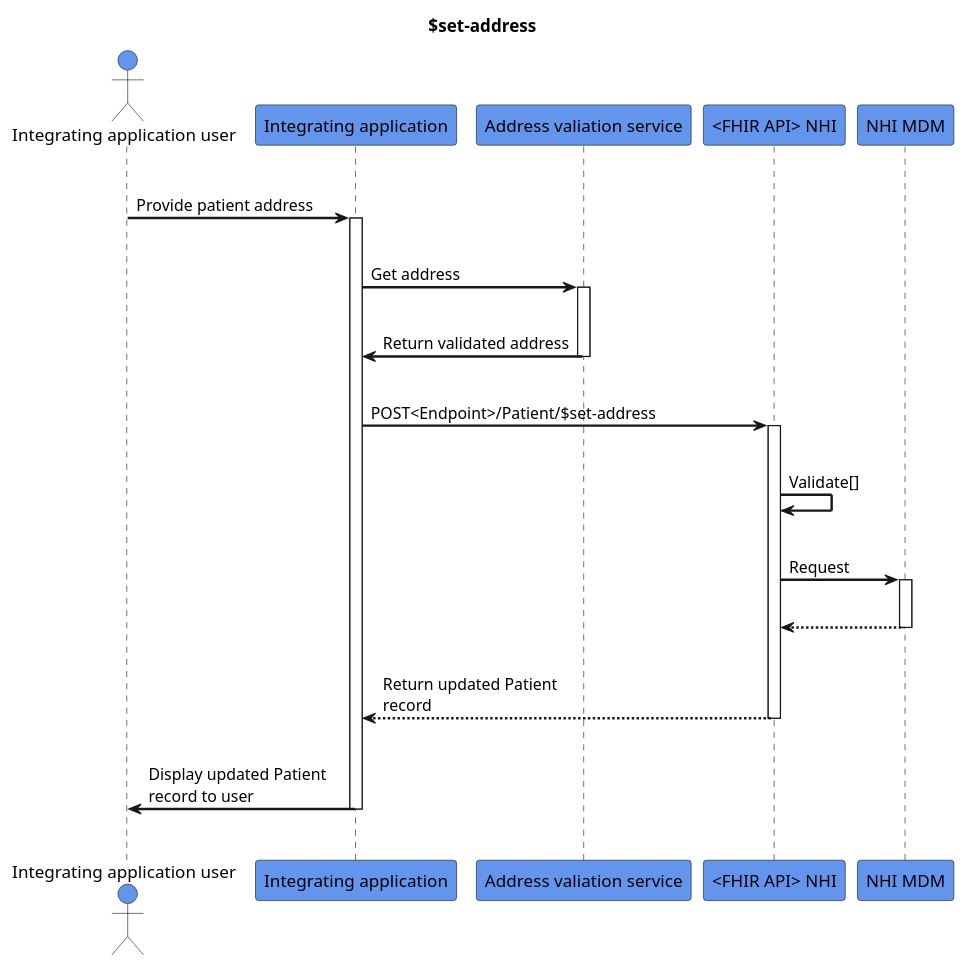
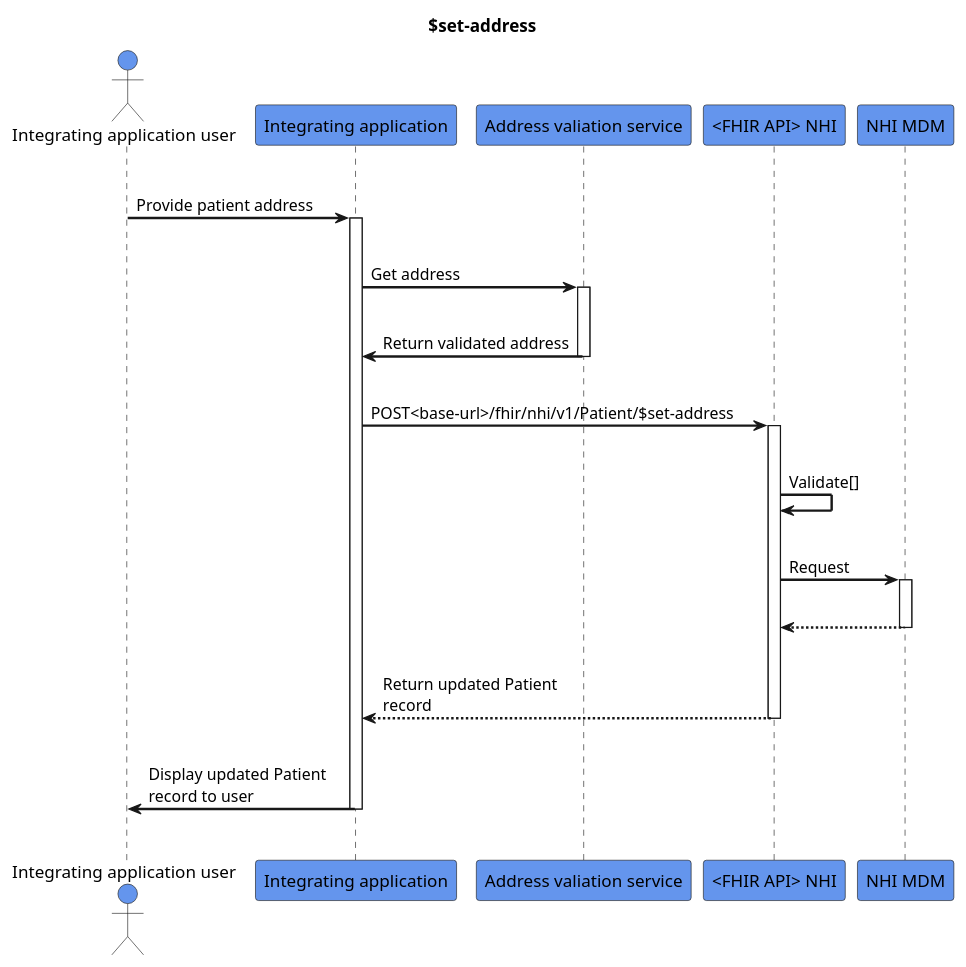
Before and after one commit to HL7NZ/nhi: the diagram in input/images-source/set-address.plantuml, drawn with PlantUML.

```diff
--- a/input/images-source/set-address.plantuml
+++ b/input/images-source/set-address.plantuml
@@ -1,39 +1,39 @@
 @startuml
 skinparam sequenceArrowThickness 2
 skinparam roundcorner 5
 skinparam maxmessagesize 180
 skinparam sequenceParticipant bold
 title $set-address
 actor "Integrating application user" as User #CornflowerBlue
 participant "Integrating application" as A #CornflowerBlue
 participant "Address valiation service" as B #CornflowerBlue
 participant "<FHIR API> NHI" as C #CornflowerBlue
 participant "NHI MDM" as D #CornflowerBlue
 |||
 User -> A: Provide patient address
 activate A
 |||
 A -> B: Get address
 activate B
 |||
 B -> A: Return validated address
 deactivate B
 |||
-A -> C: POST<Endpoint>/Patient/$set-address
+A -> C: POST<base-url>/fhir/nhi/v1/Patient/$set-address
 activate C
 |||
 C -> C: Validate[]
 |||
 C -> D: Request
 activate D
 |||
 D -[dashed]-> C
 deactivate D
 |||
 C -[dashed]-> A: Return updated Patient record
 deactivate C
 |||
 A -> User: Display updated Patient record to user
 deactivate A
 |||
 @enduml
```
